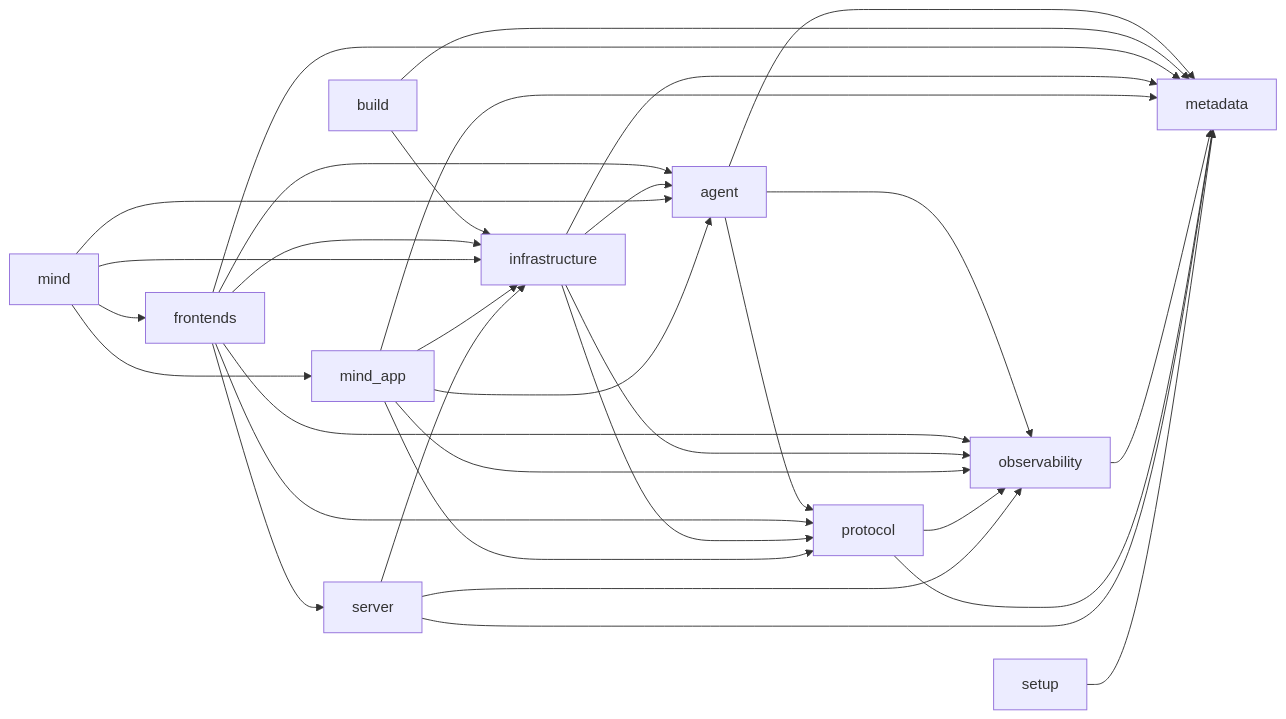
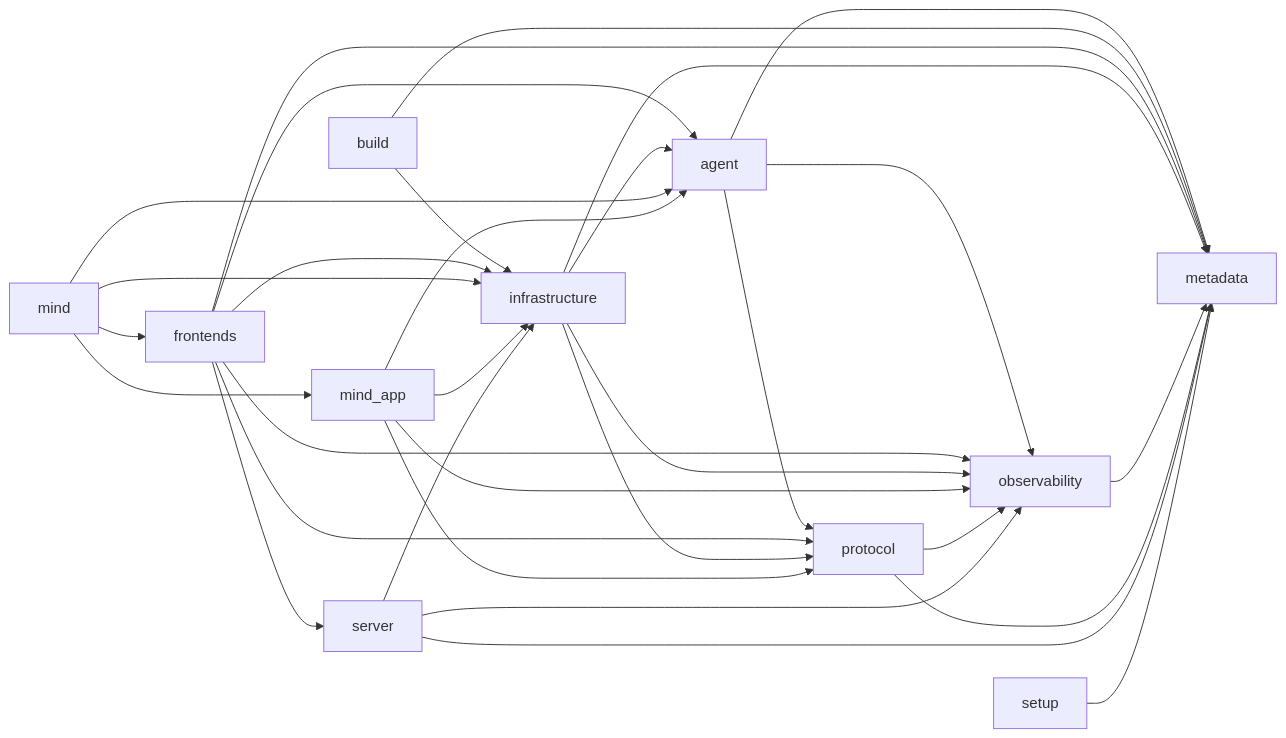
Before and after one commit to AxionixLabs/ProxyMind: the diagram in AGENT_RUNTIME_IMPORT_GRAPH.md, drawn with Mermaid. The commit also changed other lines of this file and 30 other files, not shown here.

````diff
--- a/AGENT_RUNTIME_IMPORT_GRAPH.md
+++ b/AGENT_RUNTIME_IMPORT_GRAPH.md
@@ -15,34 +15,33 @@
 ```mermaid
 flowchart LR
     agent --> metadata
     agent --> observability
     agent --> protocol
     build --> infrastructure
     build --> metadata
     frontends --> agent
     frontends --> infrastructure
     frontends --> metadata
     frontends --> observability
     frontends --> protocol
     frontends --> server
     infrastructure --> agent
     infrastructure --> metadata
     infrastructure --> observability
     infrastructure --> protocol
     mind --> agent
     mind --> frontends
     mind --> infrastructure
     mind --> mind_app
     mind_app --> agent
     mind_app --> infrastructure
-    mind_app --> metadata
     mind_app --> observability
     mind_app --> protocol
     observability --> metadata
     protocol --> metadata
     protocol --> observability
     server --> infrastructure
     server --> metadata
     server --> observability
     setup --> metadata
 ```
````
